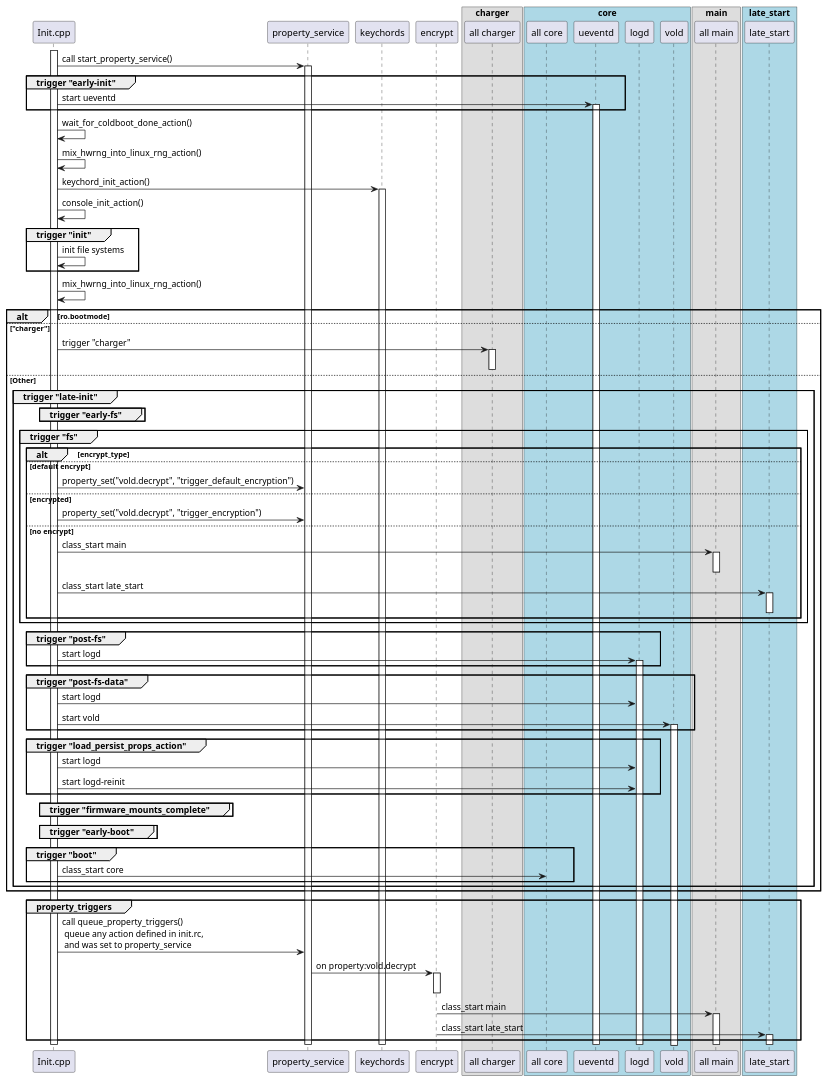
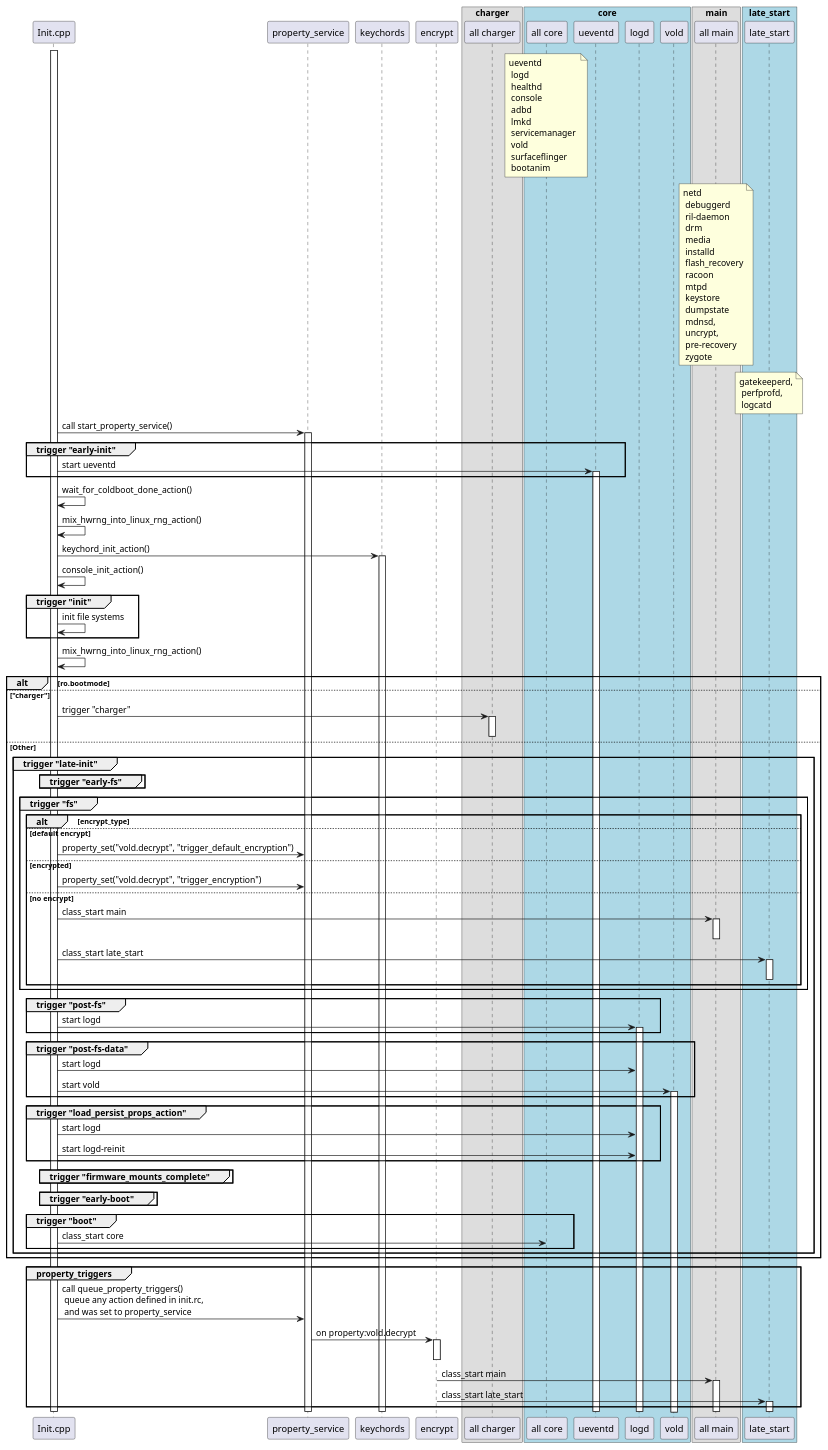
One commit to heavy-james/AndroidStartSequence changed the diagram in uml/3_init_process_execution/init_glance.puml. Above: the diagram before and after it, drawn with PlantUML.

Commit message:
add core/main services

```diff
--- a/uml/3_init_process_execution/init_glance.puml
+++ b/uml/3_init_process_execution/init_glance.puml
@@ -1,148 +1,156 @@
 @startuml
 
 participant Init as "Init.cpp"
 participant PropertyService as "property_service"
 participant KeyChords as "keychords"
 participant Encrypt as "encrypt"
 
 box "charger"
 participant Charger as "all charger"
 end box
 
 
 box "core" #LightBlue
 participant Core as "all core"
 participant Ueventd as "ueventd"
 participant Logd as "logd"
 participant Vold as "vold"
 end box
 
 box "main"
 participant Main as "all main"
 end box
 
 
 box "late_start" #LightBlue
 participant LateStart as "late_start"
 end box
 
+note over Core : ueventd \n logd \n healthd \n console \n adbd \n lmkd\
+\n servicemanager \n vold \n surfaceflinger \n bootanim
+
+note over Main : netd \n debuggerd \n ril-daemon \n drm \n media\
+\n installd \n flash_recovery\n racoon\n mtpd \n keystore \
+\n dumpstate \n mdnsd,\n uncrypt,\n pre-recovery \n zygote
+
+note over LateStart : gatekeeperd,\n perfprofd,\n logcatd
 
 activate Init
 
 Init -> PropertyService : call start_property_service()
 activate PropertyService
 
 group trigger "early-init"
 Init -> Ueventd : start ueventd
 activate Ueventd
 end
 
 Init -> Init : wait_for_coldboot_done_action()
 
 Init -> Init : mix_hwrng_into_linux_rng_action()
 
 Init -> KeyChords : keychord_init_action()
 activate KeyChords
 
 Init -> Init : console_init_action()
 
 group trigger "init"
 
 Init -> Init : init file systems
 
 end
 Init -> Init : mix_hwrng_into_linux_rng_action()
 
 alt ro.bootmode
 
 else "charger"
 
     Init -> Charger : trigger "charger"
     activate Charger
 
     deactivate Charger
 
 else Other
     group trigger "late-init"
             group trigger "early-fs"
 
             end
 
             group trigger "fs"
 
                 alt encrypt_type
 
                 else default encrypt
                     Init -> PropertyService : property_set("vold.decrypt", "trigger_default_encryption")
 
                 else encrypted
                     Init -> PropertyService : property_set("vold.decrypt", "trigger_encryption")
 
                 else no encrypt
                     Init -> Main : class_start main
                     activate Main
                     deactivate Main
 
                     Init -> LateStart : class_start late_start
                     activate LateStart
                     deactivate LateStart
                 end
 
             end
 
             group trigger "post-fs"
                 Init -> Logd : start logd
                 activate Logd
             end
 
             group trigger "post-fs-data"
                 Init -> Logd : start logd
                 Init -> Vold : start vold
                 activate Vold
             end
 
             group trigger "load_persist_props_action"
                 Init -> Logd : start logd
                 Init -> Logd : start logd-reinit
             end
 
             group trigger "firmware_mounts_complete"
 
             end
 
             group trigger "early-boot"
 
             end
 
             group trigger "boot"
                 Init -> Core : class_start core
             end
     end
 
 end
 
 group property_triggers
 
 Init -> PropertyService : call queue_property_triggers() \
 \n queue any action defined in init.rc, \
 \n and was set to property_service
 
 PropertyService -> Encrypt :  on property:vold.decrypt
 activate Encrypt
 deactivate Encrypt
 
 Encrypt -> Main : class_start main
 activate Main
 
 Encrypt -> LateStart : class_start late_start
 activate LateStart
 end
 
 deactivate Init
 deactivate PropertyService
 deactivate Ueventd
 deactivate KeyChords
 deactivate Logd
 deactivate Main
 deactivate LateStart
 @enduml
```
